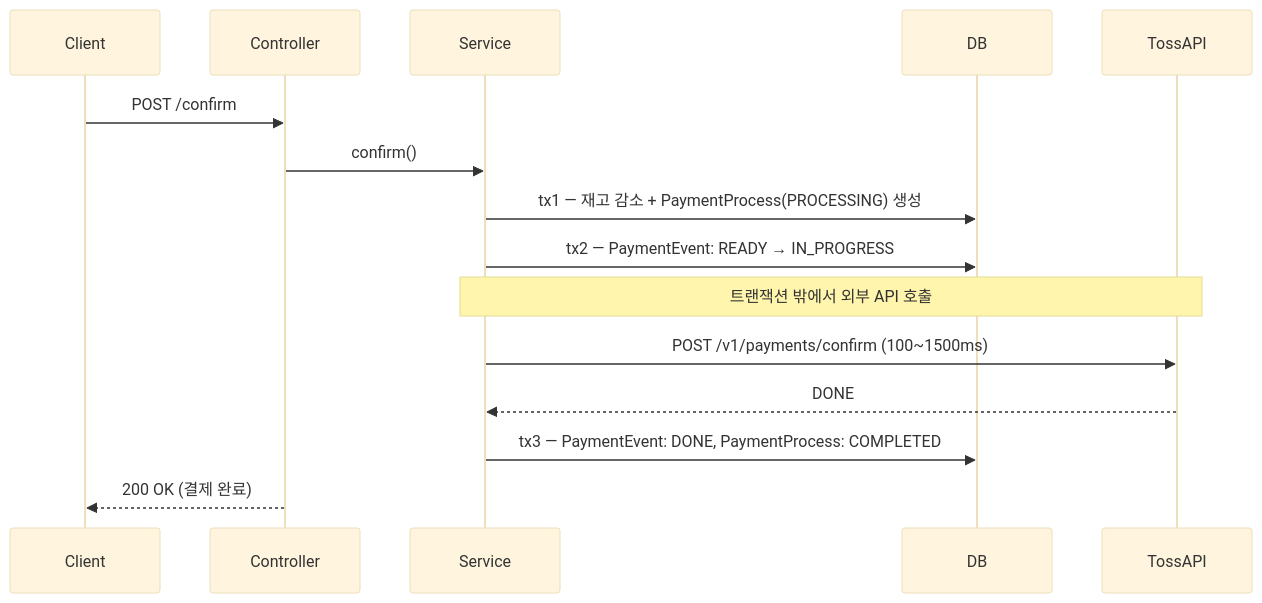
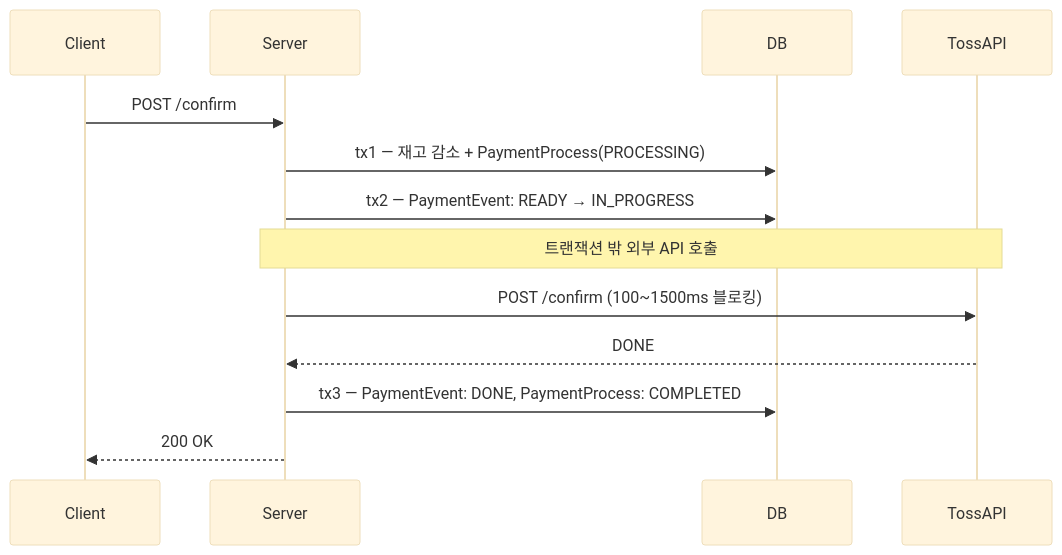
Before and after one commit to hyoguoo/payment-platform: the second of 6 diagrams in docs/BENCHMARK-REPORT.md, drawn with Mermaid (base theme). The commit also changed other lines of this file and 1 other file, not shown here.

````diff
--- a/docs/BENCHMARK-REPORT.md
+++ b/docs/BENCHMARK-REPORT.md
@@ -54,22 +65,16 @@
 ```mermaid
 sequenceDiagram
     participant Client
-    participant Controller
-    participant Service
+    participant Server
     participant DB
     participant TossAPI
 
-    Client->>Controller: POST /confirm
-    Controller->>Service: confirm()
-
-    Service->>DB: tx1 — 재고 감소 + PaymentProcess(PROCESSING) 생성
-    Service->>DB: tx2 — PaymentEvent: READY → IN_PROGRESS
-
-    Note over Service,TossAPI: 트랜잭션 밖에서 외부 API 호출
-    Service->>TossAPI: POST /v1/payments/confirm (100~1500ms)
-    TossAPI-->>Service: DONE
-
-    Service->>DB: tx3 — PaymentEvent: DONE, PaymentProcess: COMPLETED
-
-    Controller-->>Client: 200 OK (결제 완료)
+    Client->>Server: POST /confirm
+    Server->>DB: tx1 — 재고 감소 + PaymentProcess(PROCESSING)
+    Server->>DB: tx2 — PaymentEvent: READY → IN_PROGRESS
+    Note over Server,TossAPI: 트랜잭션 밖 외부 API 호출
+    Server->>TossAPI: POST /confirm (100~1500ms 블로킹)
+    TossAPI-->>Server: DONE
+    Server->>DB: tx3 — PaymentEvent: DONE, PaymentProcess: COMPLETED
+    Server-->>Client: 200 OK
 ```
````
